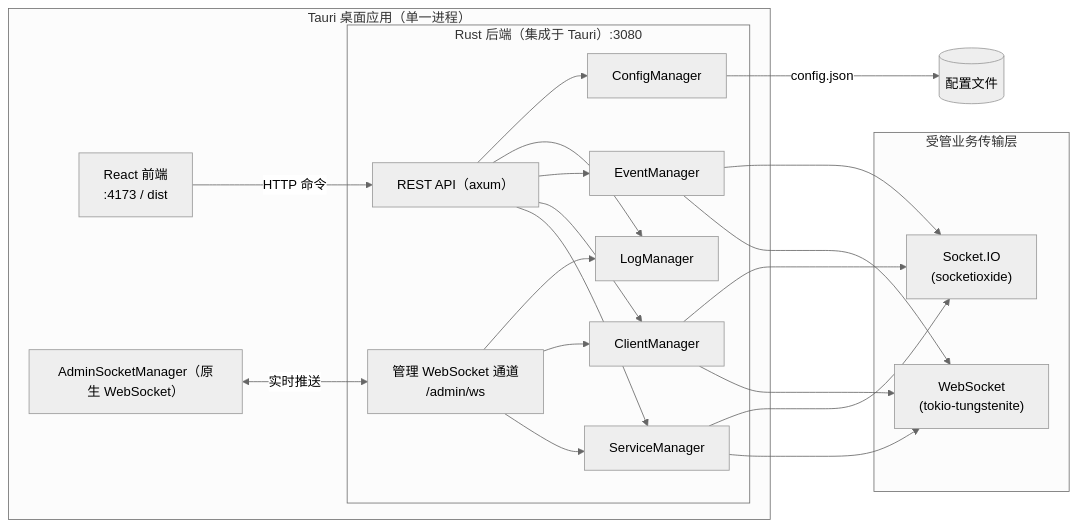
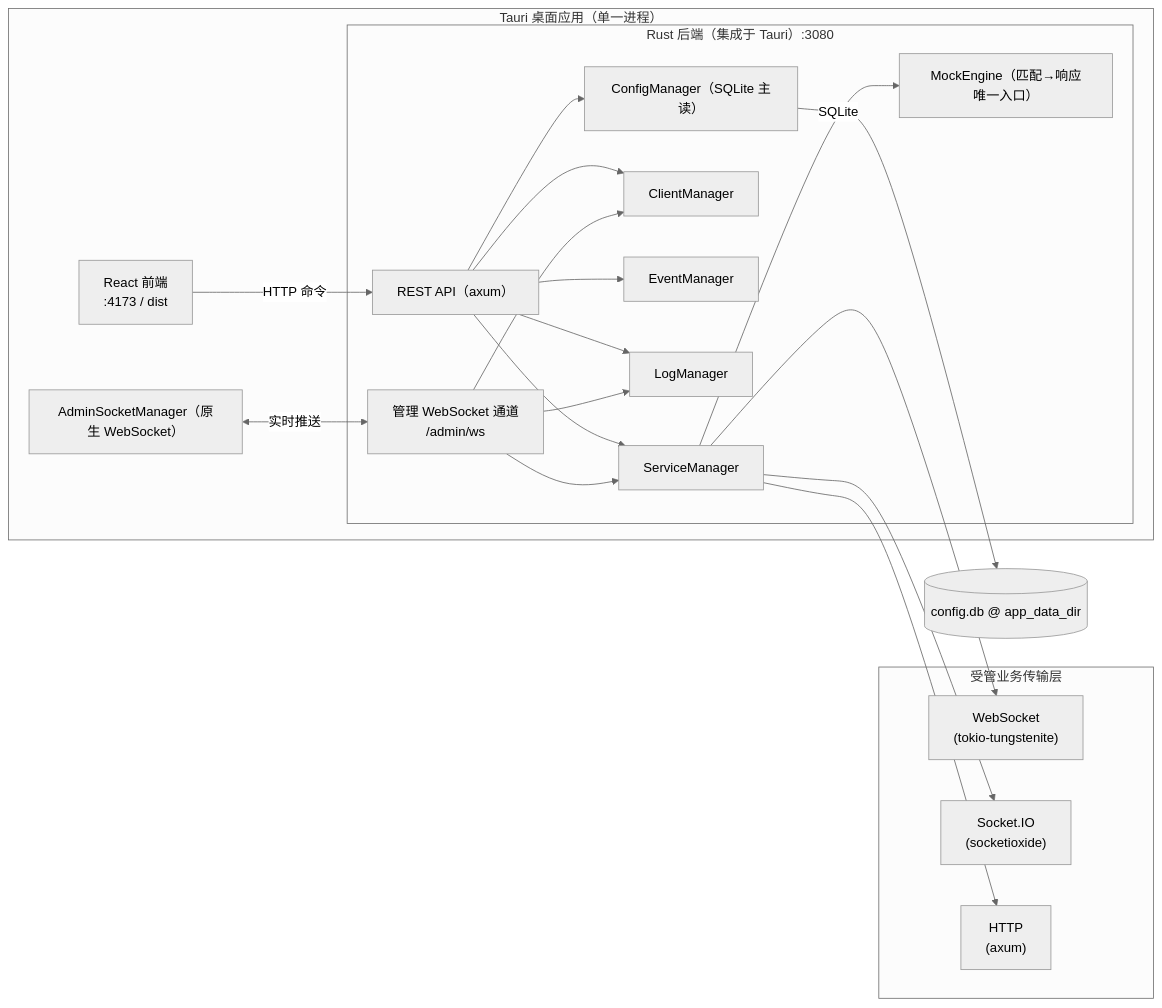
One commit to zoumingyin/socket-simulator changed the diagram in README.md. Above: the diagram before and after it, drawn with Mermaid (neutral theme). The commit also changed other lines of this file, not shown here.

````diff
--- a/README.md
+++ b/README.md
@@ -34,28 +37,29 @@
 ```mermaid
 flowchart LR
   subgraph Desktop["Tauri 桌面应用（单一进程）"]
     UI["React 前端\n:4173 / dist"]
     ASM["AdminSocketManager（原生 WebSocket）"]
     subgraph Rust["Rust 后端（集成于 Tauri）:3080"]
       API["REST API（axum）"]
       AdminWS["管理 WebSocket 通道\n/admin/ws"]
       SM["ServiceManager"]
       CM["ClientManager"]
       EM["EventManager"]
       LM["LogManager"]
-      CFG["ConfigManager"]
+      CFG["ConfigManager（SQLite 主读）"]
+      MOCK["MockEngine（匹配→响应唯一入口）"]
     end
   end
   subgraph Transports["受管业务传输层"]
     WS["WebSocket\n(tokio-tungstenite)"]
     SIO["Socket.IO\n(socketioxide)"]
+    HTTP["HTTP\n(axum)"]
   end
   UI -->|HTTP 命令| API
   ASM <-->|实时推送| AdminWS
   API --> SM & CM & EM & LM & CFG
   AdminWS --> SM & CM & LM
-  SM --> WS & SIO
-  CM --> WS & SIO
-  EM --> WS & SIO
-  CFG -->|config.json| Disk[(配置文件)]
+  SM --> WS & SIO & HTTP
+  SM --> MOCK
+  CFG -->|SQLite| DB[(config.db @ app_data_dir)]
 ```
````
